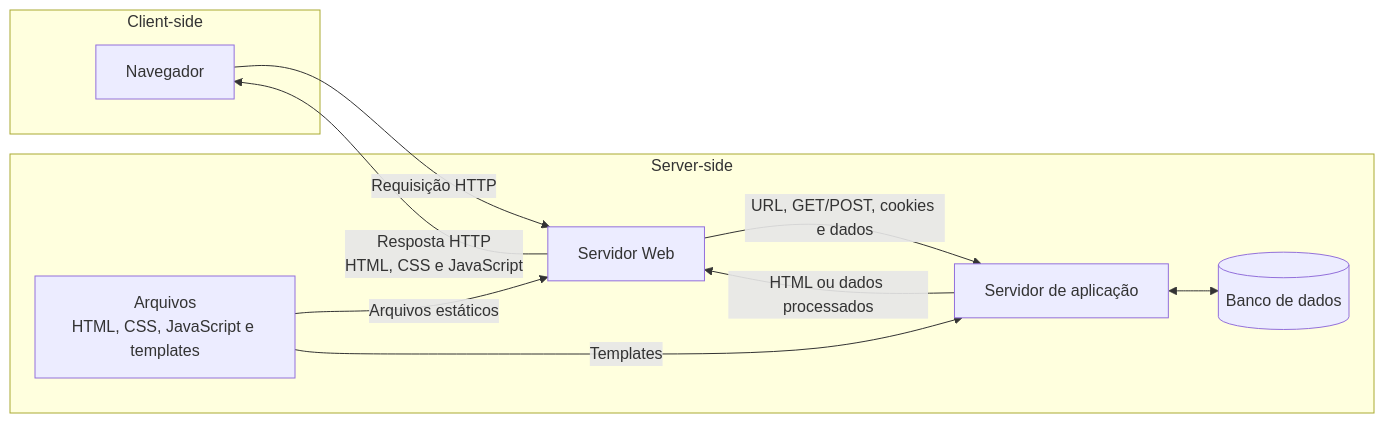
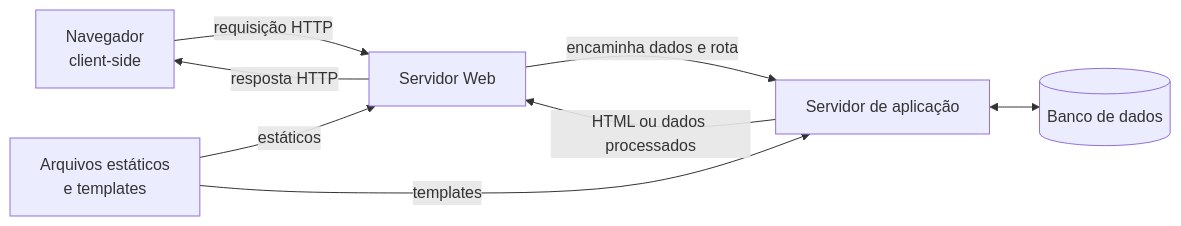
The first of 2 diagrams in 05. Desenvolvimento Web Back-End/03. Tipos de aplicações Web e estratégias de renderização.md (leorruas/puc), drawn with Mermaid before and after one commit. The commit also changed other lines of this file, not shown here.

Commit message:
Normaliza Mermaid de aplicações Web e renderização

````diff
--- a/05. Desenvolvimento Web Back-End/03. Tipos de aplicações Web e estratégias de renderização.md
+++ b/05. Desenvolvimento Web Back-End/03. Tipos de aplicações Web e estratégias de renderização.md
@@ -53,21 +53,16 @@
 ```mermaid
 flowchart LR
-    subgraph Cliente ["Client-side"]
-        C["Navegador"]
-    end
+    Navegador["Navegador<br>client-side"]:::external
+    Web["Servidor Web"]:::core
+    Aplicacao["Servidor de aplicação"]:::component
+    Arquivos["Arquivos estáticos<br>e templates"]:::data
+    Banco[("Banco de dados")]:::data
 
-    subgraph Servidor ["Server-side"]
-        W["Servidor Web"]
-        A["Servidor de aplicação"]
-        F["Arquivos<br>HTML, CSS, JavaScript e templates"]
-        B[("Banco de dados")]
-    end
-
-    C -->|"Requisição HTTP"| W
-    W -->|"Resposta HTTP<br>HTML, CSS e JavaScript"| C
-    W -->|"URL, GET/POST, cookies e dados"| A
-    F -->|"Arquivos estáticos"| W
-    F -->|"Templates"| A
-    A <--> B
-    A -->|"HTML ou dados processados"| W
+    Navegador -->|"requisição HTTP"| Web
+    Web -->|"resposta HTTP"| Navegador
+    Web -->|"encaminha dados e rota"| Aplicacao
+    Arquivos -->|"estáticos"| Web
+    Arquivos -->|"templates"| Aplicacao
+    Aplicacao <--> Banco
+    Aplicacao -->|"HTML ou dados processados"| Web
 ```
````
